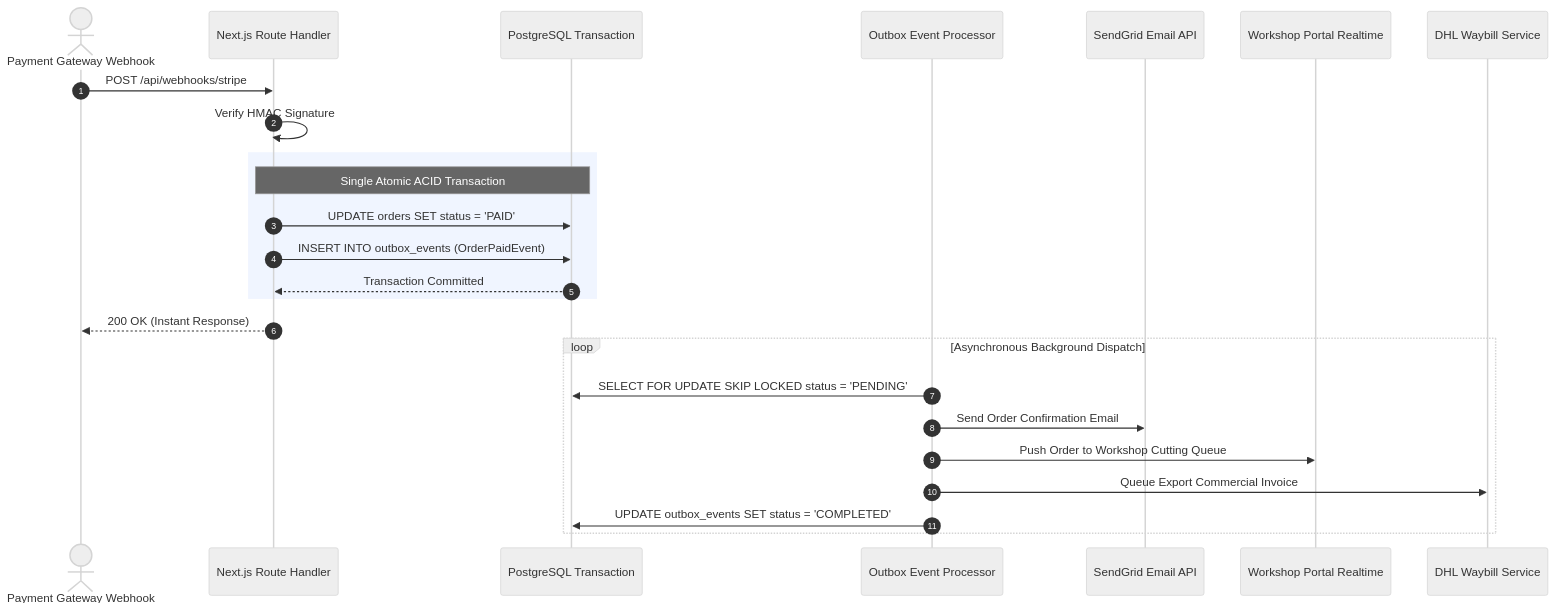
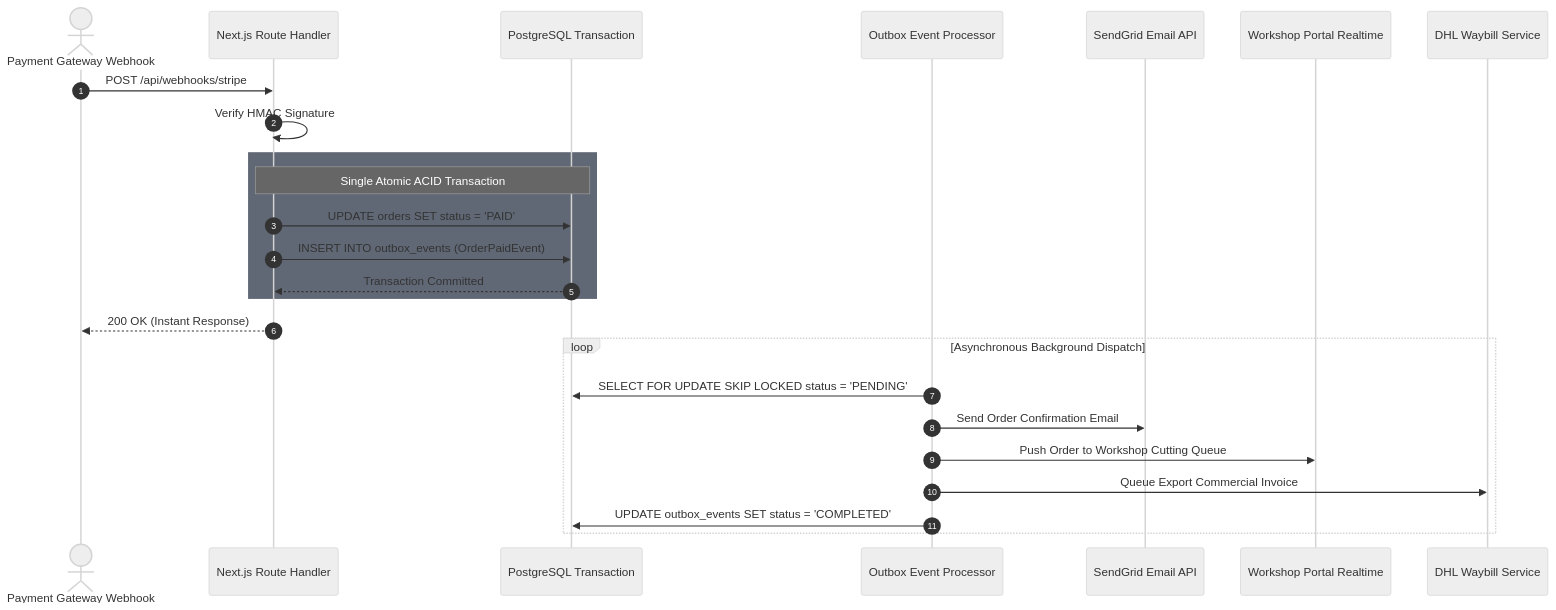
One commit to Sarthak2233/Jeanius changed the diagram in docs/assets/diagrams/src/transactional-outbox-flow.mmd. Above: the diagram before and after it, drawn with Mermaid (neutral theme). The commit also changed 43 other files, not shown here.

First line of the commit message:
feat(docs): revamp diagrams with high-contrast dark atelier card styling and semantic palettes

```diff
--- a/docs/assets/diagrams/src/transactional-outbox-flow.mmd
+++ b/docs/assets/diagrams/src/transactional-outbox-flow.mmd
@@ -1,29 +1,29 @@
 sequenceDiagram
     autonumber
     actor Webhook as Payment Gateway Webhook
     participant RouteHandler as Next.js Route Handler
     participant DB as PostgreSQL Transaction
     participant Worker as Outbox Event Processor
     participant Email as SendGrid Email API
     participant Workshop as Workshop Portal Realtime
     participant Logistics as DHL Waybill Service
 
     Webhook->>RouteHandler: POST /api/webhooks/stripe
     RouteHandler->>RouteHandler: Verify HMAC Signature
 
-    rect rgb(240, 245, 255)
+    rect rgba(30, 41, 59, 0.7)
         Note over RouteHandler,DB: Single Atomic ACID Transaction
         RouteHandler->>DB: UPDATE orders SET status = 'PAID'
         RouteHandler->>DB: INSERT INTO outbox_events (OrderPaidEvent)
         DB-->>RouteHandler: Transaction Committed
     end
 
     RouteHandler-->>Webhook: 200 OK (Instant Response)
 
     loop Asynchronous Background Dispatch
         Worker->>DB: SELECT FOR UPDATE SKIP LOCKED status = 'PENDING'
         Worker->>Email: Send Order Confirmation Email
         Worker->>Workshop: Push Order to Workshop Cutting Queue
         Worker->>Logistics: Queue Export Commercial Invoice
         Worker->>DB: UPDATE outbox_events SET status = 'COMPLETED'
     end
```
